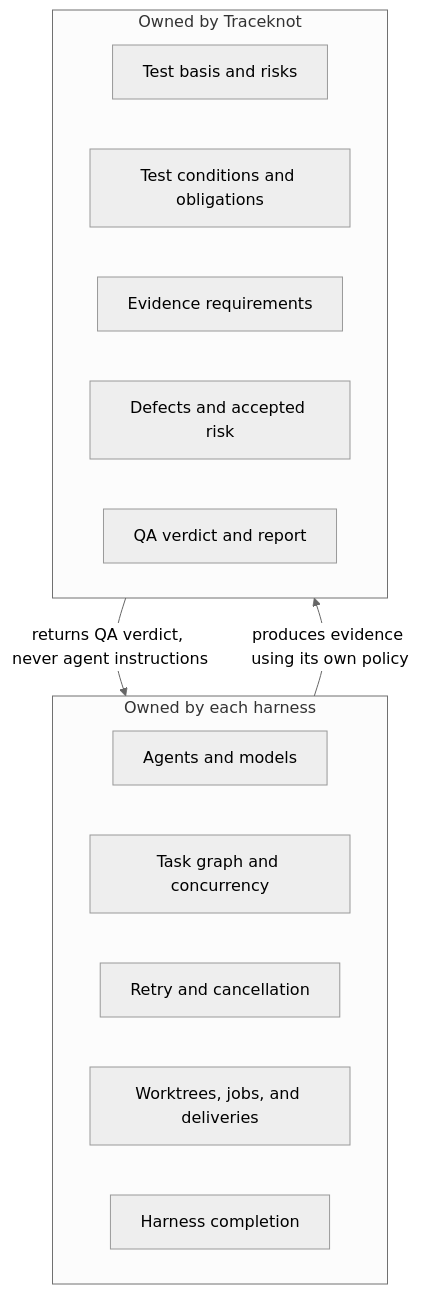
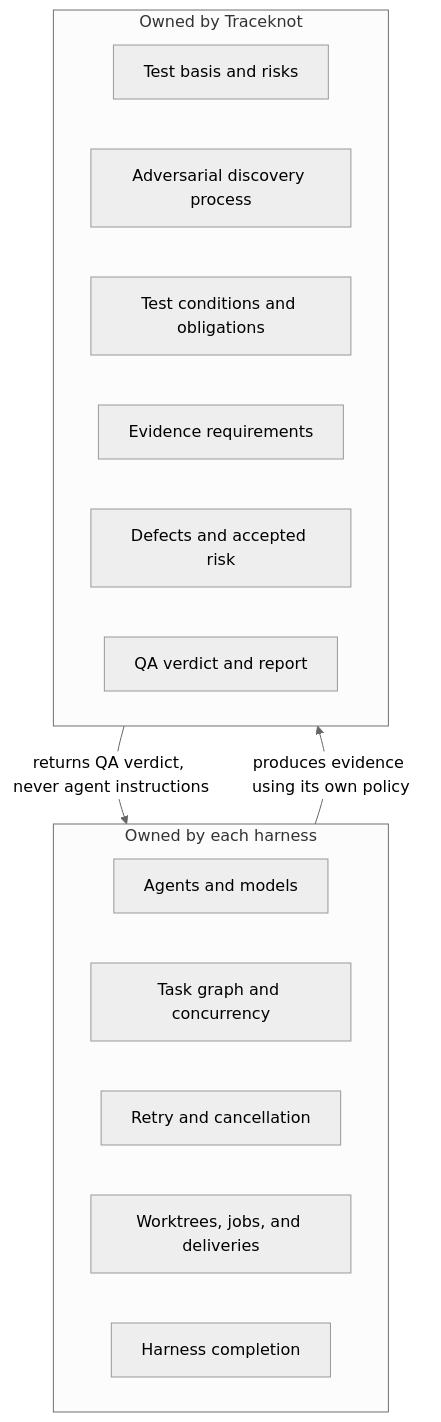
The second of 3 diagrams in README.md (Jin-Doh/traceknot), drawn with Mermaid (neutral theme) before and after one commit. The commit also changed other lines of this file and 1 other file, not shown here.

Commit message:
docs: document bounded adversarial discovery

````diff
--- a/README.md
+++ b/README.md
@@ -163,21 +175,22 @@
 ```mermaid
 flowchart TB
     subgraph Harness[Owned by each harness]
       HA[Agents and models]
       HT[Task graph and concurrency]
       HR[Retry and cancellation]
       HW[Worktrees, jobs, and deliveries]
       HC[Harness completion]
     end
 
     subgraph TK[Owned by Traceknot]
       QB[Test basis and risks]
+      QX[Adversarial discovery process]
       QP[Test conditions and obligations]
       QE[Evidence requirements]
       QD[Defects and accepted risk]
       QV[QA verdict and report]
     end
 
     Harness -->|produces evidence using its own policy| TK
     TK -->|returns QA verdict, never agent instructions| Harness
 ```
````
